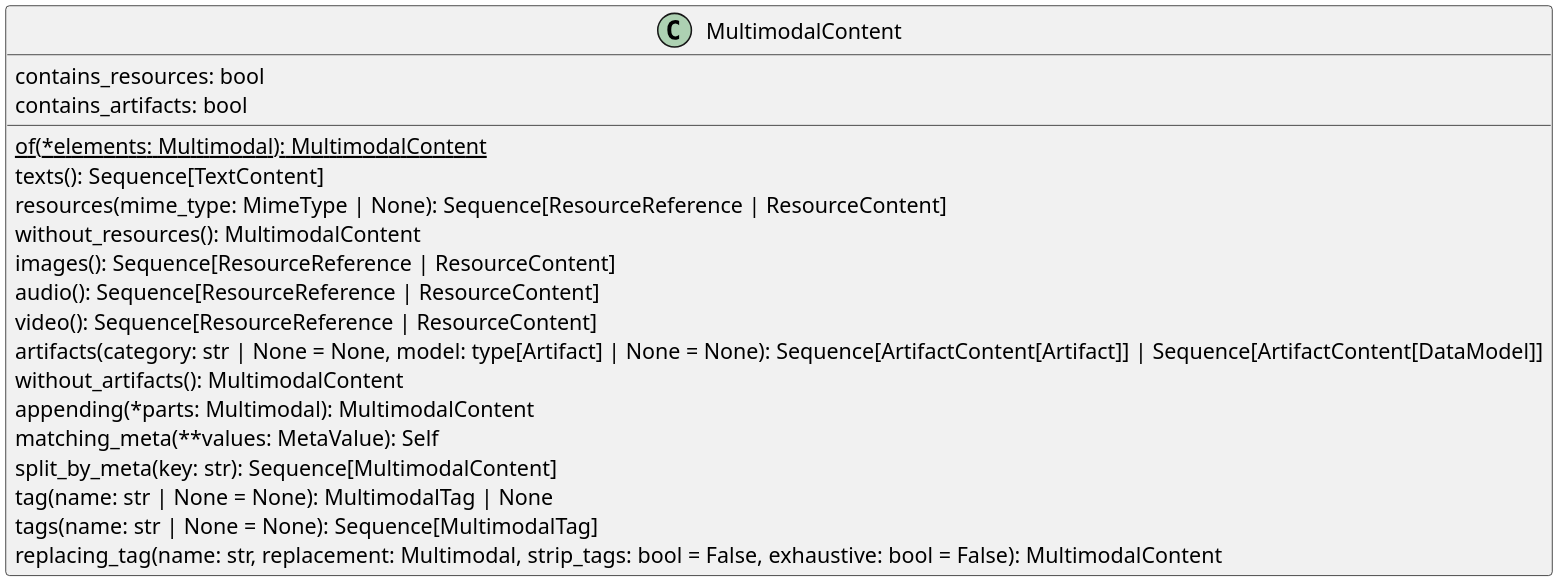
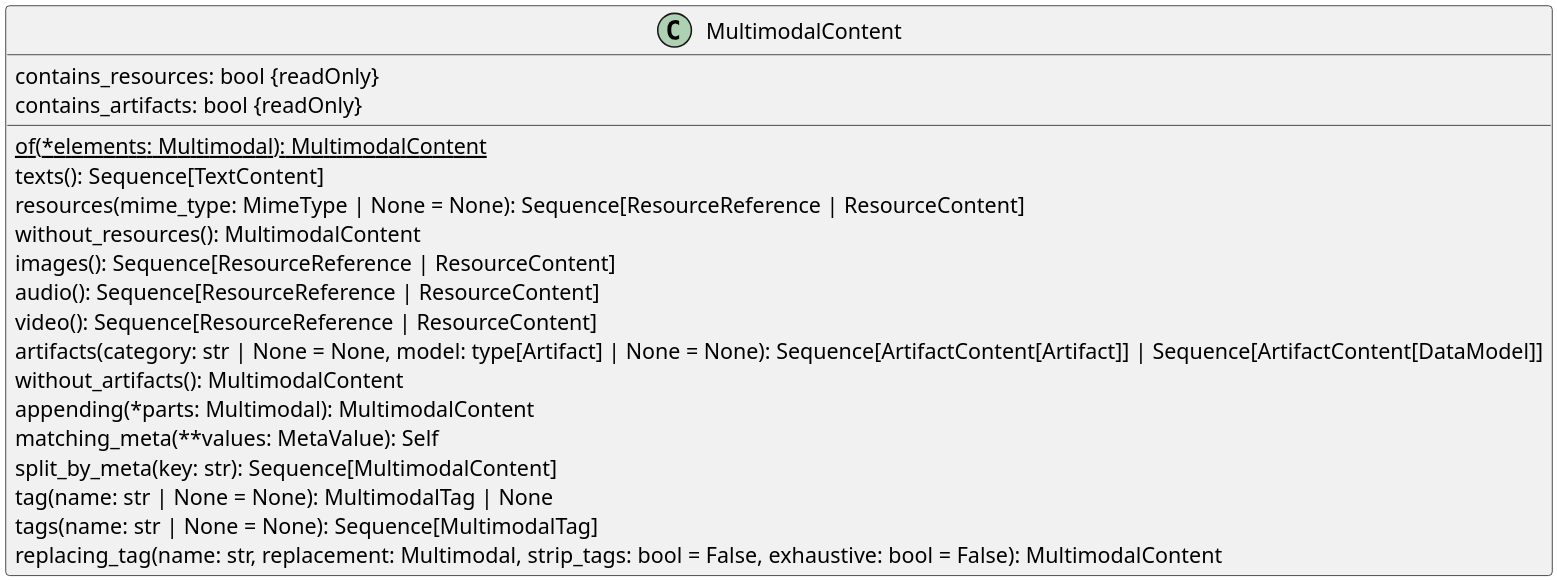
Before and after one commit to miquido/draive: the diagram in docs/diagrams/src/multimodal_content.puml, drawn with PlantUML.

Commit message:
read only and default value

```diff
--- a/docs/diagrams/src/multimodal_content.puml
+++ b/docs/diagrams/src/multimodal_content.puml
@@ -1,24 +1,24 @@
 @startuml MultimodalContent
 skinparam dpi 300
 
 class MultimodalContent {
-    contains_resources: bool
-    contains_artifacts: bool
+    contains_resources: bool {readOnly}
+    contains_artifacts: bool {readOnly}
 
     {static}of(*elements: Multimodal): MultimodalContent
     texts(): Sequence[TextContent]
-    resources(mime_type: MimeType | None): Sequence[ResourceReference | ResourceContent]
+    resources(mime_type: MimeType | None = None): Sequence[ResourceReference | ResourceContent]
     without_resources(): MultimodalContent
     images(): Sequence[ResourceReference | ResourceContent]
     audio(): Sequence[ResourceReference | ResourceContent]
     video(): Sequence[ResourceReference | ResourceContent]
     artifacts(category: str | None = None, model: type[Artifact] | None = None): Sequence[ArtifactContent[Artifact]] | Sequence[ArtifactContent[DataModel]]
     without_artifacts(): MultimodalContent
     appending(*parts: Multimodal): MultimodalContent
     matching_meta(**values: MetaValue): Self
     split_by_meta(key: str): Sequence[MultimodalContent]
     tag(name: str | None = None): MultimodalTag | None
     tags(name: str | None = None): Sequence[MultimodalTag]
     replacing_tag(name: str, replacement: Multimodal, strip_tags: bool = False, exhaustive: bool = False): MultimodalContent
 }
 @enduml
```
